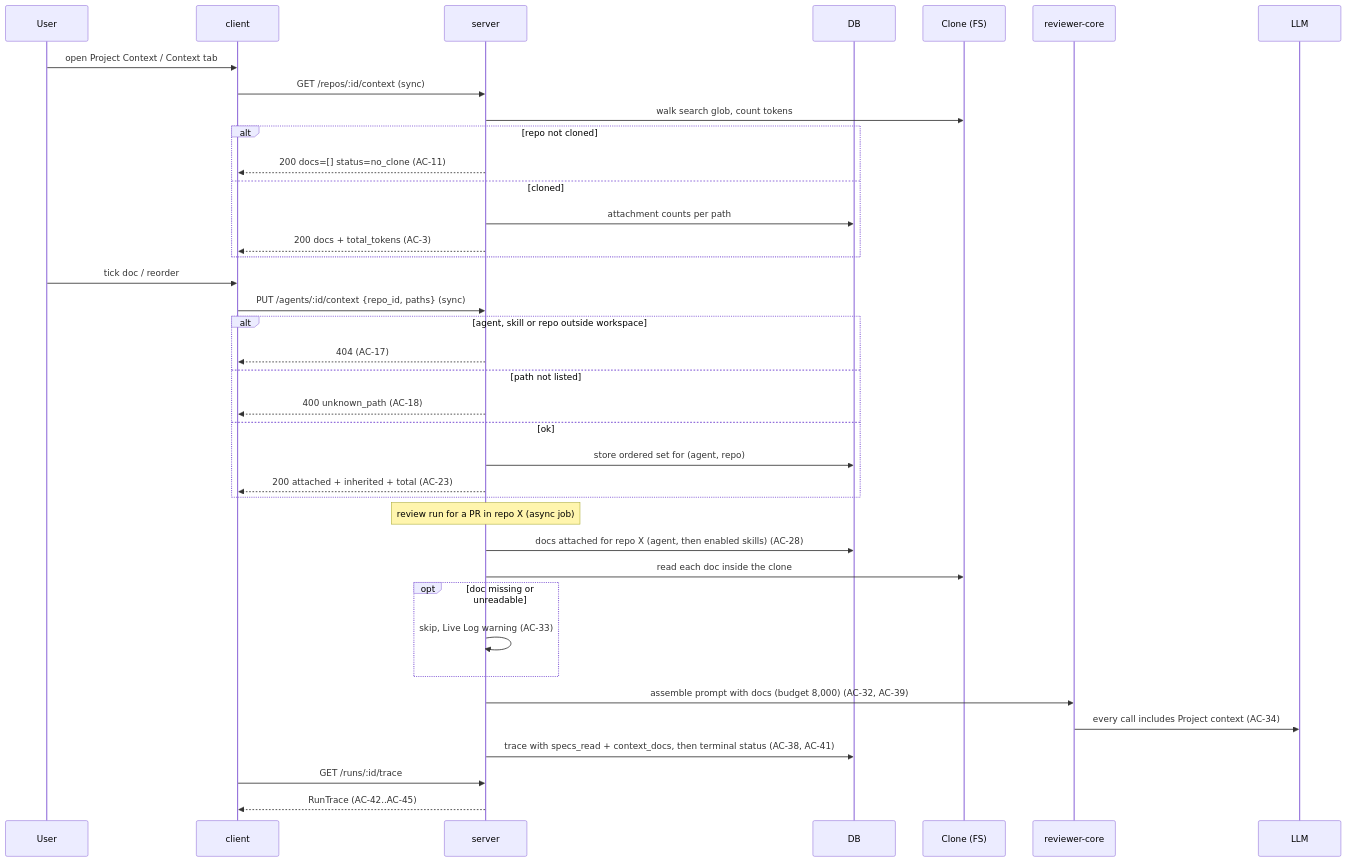
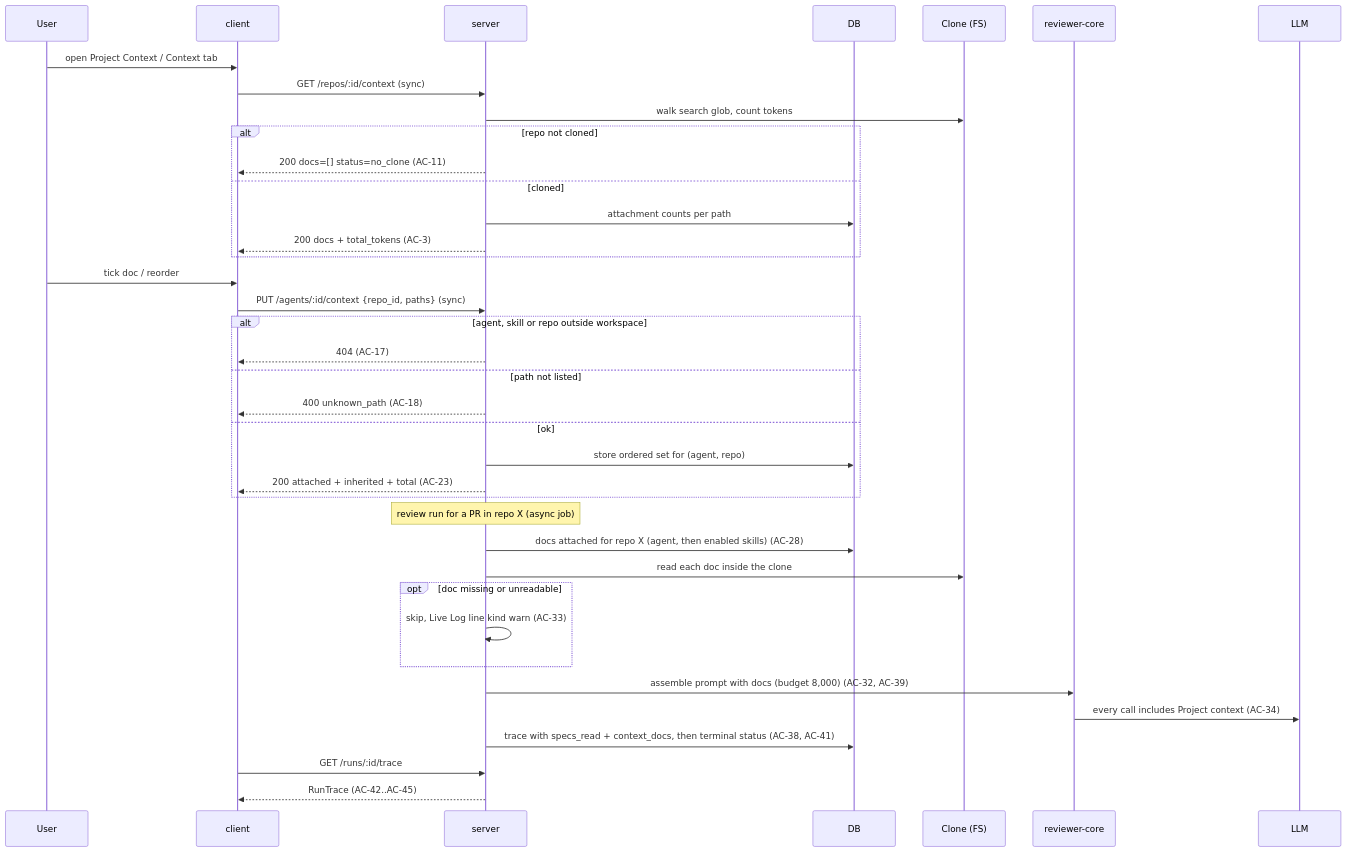
Before and after one commit to otkachuk777/dev-digest: the second of 2 diagrams in specs/SPEC-01-project-context-folder.md, drawn with Mermaid. The commit also changed other lines of this file, not shown here.

Commit message:
docs(specs): SPEC-01 planning amendments (422, excluded dirs, warn log kind)

````diff
--- a/specs/SPEC-01-project-context-folder.md
+++ b/specs/SPEC-01-project-context-folder.md
@@ -191,41 +194,41 @@
 ```mermaid
 sequenceDiagram
     participant User
     participant client
     participant server
     participant DB
     participant Clone as Clone (FS)
     participant core as reviewer-core
     participant LLM
 
     User->>client: open Project Context / Context tab
     client->>server: GET /repos/:id/context (sync)
     server->>Clone: walk search glob, count tokens
     alt repo not cloned
         server-->>client: 200 docs=[] status=no_clone (AC-11)
     else cloned
         server->>DB: attachment counts per path
         server-->>client: 200 docs + total_tokens (AC-3)
     end
     User->>client: tick doc / reorder
     client->>server: PUT /agents/:id/context {repo_id, paths} (sync)
     alt agent, skill or repo outside workspace
         server-->>client: 404 (AC-17)
     else path not listed
         server-->>client: 400 unknown_path (AC-18)
     else ok
         server->>DB: store ordered set for (agent, repo)
         server-->>client: 200 attached + inherited + total (AC-23)
     end
     Note over server: review run for a PR in repo X (async job)
     server->>DB: docs attached for repo X (agent, then enabled skills) (AC-28)
     server->>Clone: read each doc inside the clone
     opt doc missing or unreadable
-        server->>server: skip, Live Log warning (AC-33)
+        server->>server: skip, Live Log line kind warn (AC-33)
     end
     server->>core: assemble prompt with docs (budget 8,000) (AC-32, AC-39)
     core->>LLM: every call includes Project context (AC-34)
     server->>DB: trace with specs_read + context_docs, then terminal status (AC-38, AC-41)
     client->>server: GET /runs/:id/trace
     server-->>client: RunTrace (AC-42..AC-45)
 ```
````
